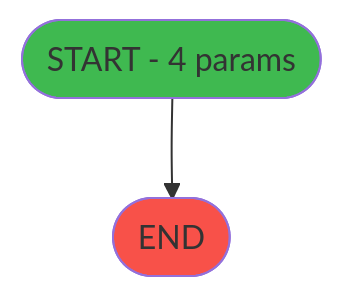
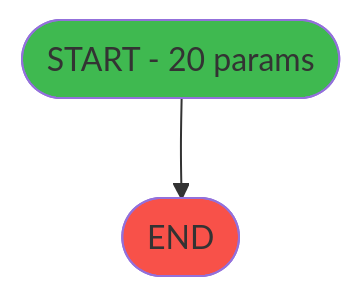
Before and after one commit to thonyAGP/lecteur-magic: the first of 3 diagrams in .openspec/specs/ADH-IDE-237.md, drawn with Mermaid. The commit also changed other lines of this file and 5 other files, not shown here.

````diff
--- a/.openspec/specs/ADH-IDE-237.md
+++ b/.openspec/specs/ADH-IDE-237.md
@@ -87,9 +114,9 @@
 ```mermaid
 flowchart TD
-    START([START - 4 params])
+    START([START - 20 params])
     ENDOK([END])
     START --> ENDOK
 
     style START fill:#3fb950
     style ENDOK fill:#f85149
 ```
````
